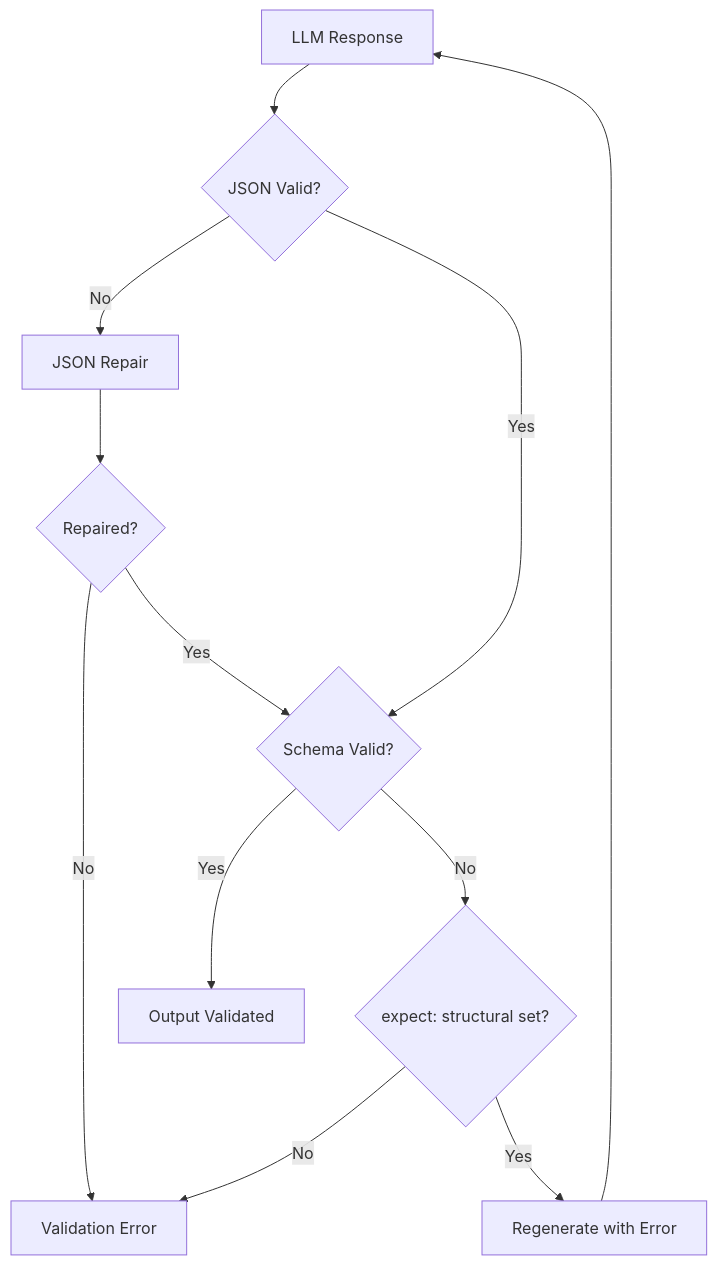
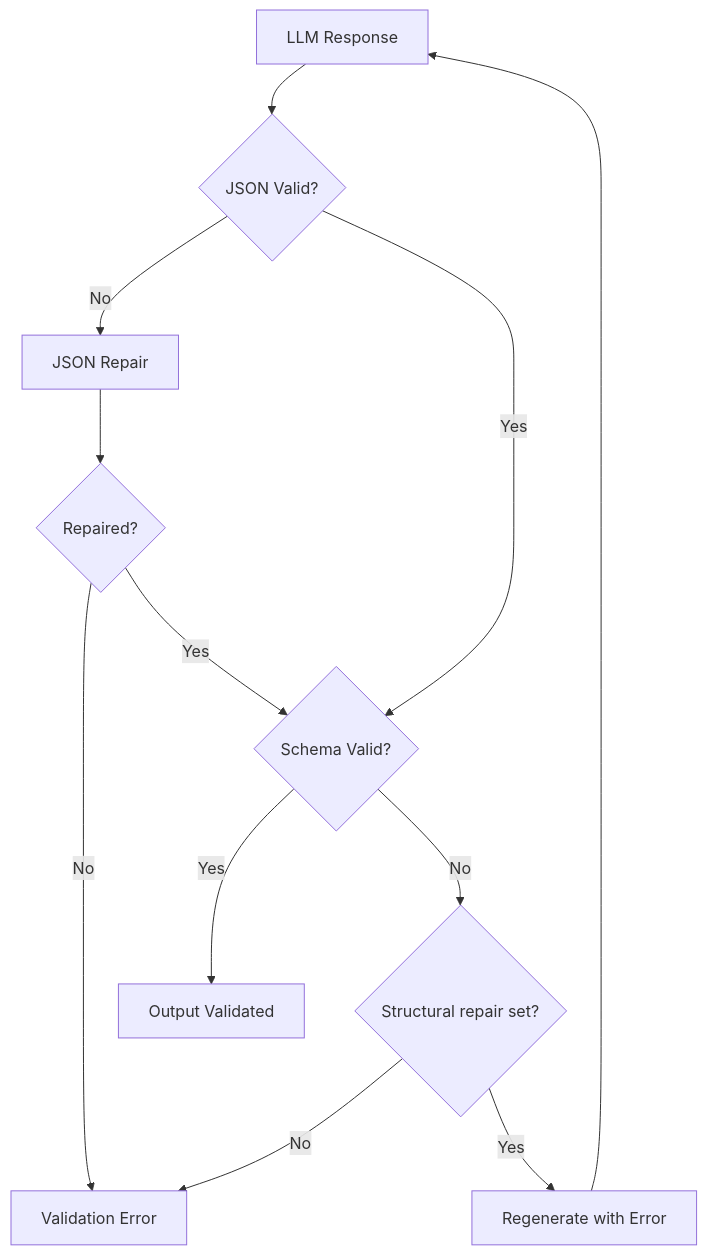
The diagram in docs.agent-actions/docs/reference/schemas/index.md (Muizzkolapo/agent-actions), drawn with Mermaid before and after one commit. The commit also changed 1 other file, not shown here.

Commit message:
docs(site): keep colons out of mermaid decision labels
An unquoted rhombus label containing ':' is parser-fragile. The two nodes say
what they branch on without it.

````diff
--- a/docs.agent-actions/docs/reference/schemas/index.md
+++ b/docs.agent-actions/docs/reference/schemas/index.md
@@ -464,14 +464,14 @@
 ```mermaid
 flowchart TD
     A[LLM Response] --> B{JSON Valid?}
     B -->|No| C[JSON Repair]
     C --> D{Repaired?}
     D -->|No| E[Validation Error]
     D -->|Yes| F{Schema Valid?}
     B -->|Yes| F
-    F -->|No| G{expect: structural set?}
+    F -->|No| G{Structural repair set?}
     G -->|Yes| H[Regenerate with Error]
     H --> A
     G -->|No| E
     F -->|Yes| I[Output Validated]
 ```
````
